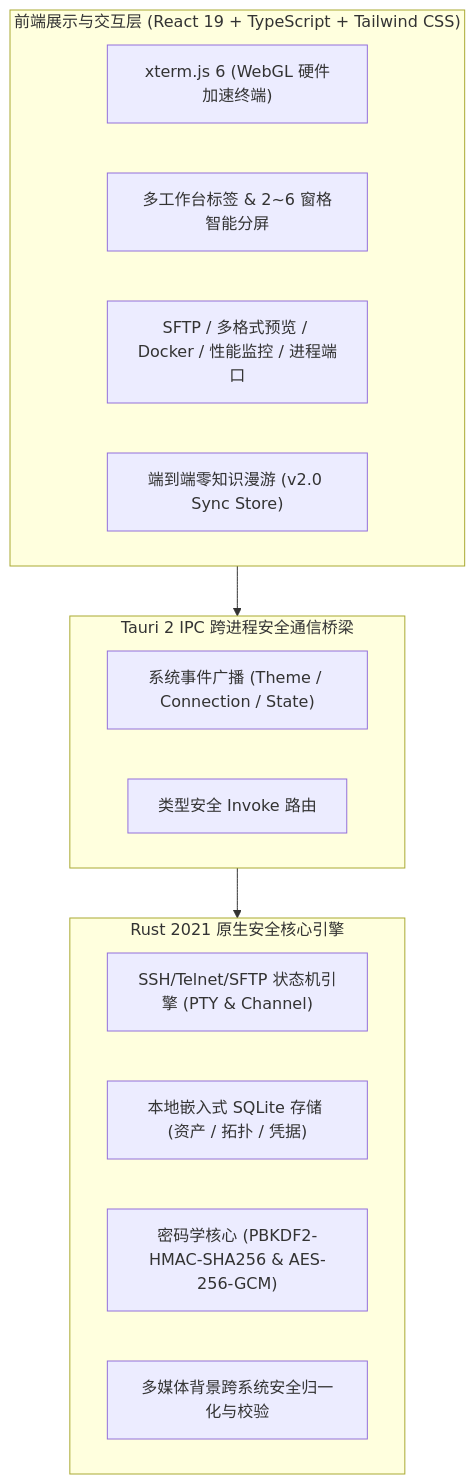
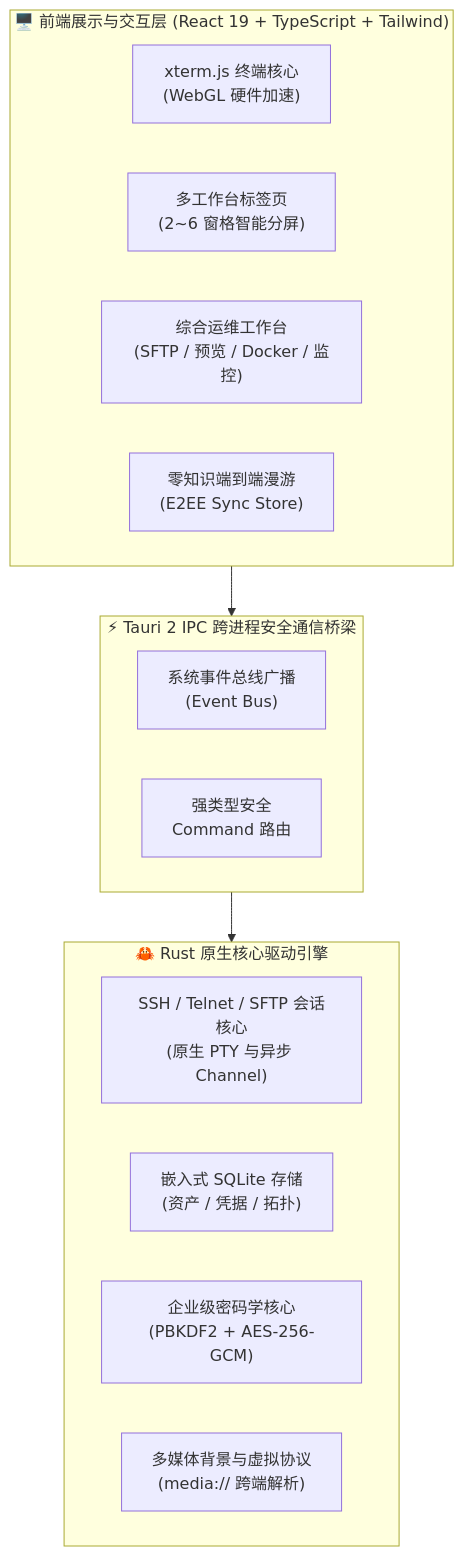
Before and after one commit to Tomshushu/Qshell: the diagram in README.md, drawn with Mermaid. The commit also changed other lines of this file, not shown here.

Commit message:
docs: revamp README with feature comparison, fixed diagram wrapping and productivity shortcuts

````diff
--- a/README.md
+++ b/README.md
@@ -78,24 +100,24 @@
 ```mermaid
 graph TB
-    subgraph UI ["前端展示与交互层 (React 19 + TypeScript + Tailwind CSS)"]
-        UI_Terminal["xterm.js 6 (WebGL 硬件加速终端)"]
-        UI_Workbench["多工作台标签 & 2~6 窗格智能分屏"]
-        UI_Modules["SFTP / 多格式预览 / Docker / 性能监控 / 进程端口"]
-        UI_Sync["端到端零知识漫游 (v2.0 Sync Store)"]
+    subgraph UI ["🖥️ 前端展示与交互层 (React 19 + TypeScript + Tailwind)"]
+        UI_Terminal["xterm.js 终端核心<br/>(WebGL 硬件加速)"]
+        UI_Workbench["多工作台标签页<br/>(2~6 窗格智能分屏)"]
+        UI_Modules["综合运维工作台<br/>(SFTP / 预览 / Docker / 监控)"]
+        UI_Sync["零知识端到端漫游<br/>(E2EE Sync Store)"]
     end
 
-    subgraph IPC ["Tauri 2 IPC 跨进程安全通信桥梁"]
-        IPC_Events["系统事件广播 (Theme / Connection / State)"]
-        IPC_Commands["类型安全 Invoke 路由"]
+    subgraph IPC ["⚡ Tauri 2 IPC 跨进程安全通信桥梁"]
+        IPC_Events["系统事件总线广播<br/>(Event Bus)"]
+        IPC_Commands["强类型安全<br/>Command 路由"]
     end
 
-    subgraph NativeCore ["Rust 2021 原生安全核心引擎"]
-        Core_SSH["SSH/Telnet/SFTP 状态机引擎 (PTY & Channel)"]
-        Core_DB["本地嵌入式 SQLite 存储 (资产 / 拓扑 / 凭据)"]
-        Core_Crypto["密码学核心 (PBKDF2-HMAC-SHA256 & AES-256-GCM)"]
-        Core_Media["多媒体背景跨系统安全归一化与校验"]
+    subgraph NativeCore ["🦀 Rust 原生核心驱动引擎"]
+        Core_SSH["SSH / Telnet / SFTP 会话核心<br/>(原生 PTY 与异步 Channel)"]
+        Core_DB["嵌入式 SQLite 存储<br/>(资产 / 凭据 / 拓扑)"]
+        Core_Crypto["企业级密码学核心<br/>(PBKDF2 + AES-256-GCM)"]
+        Core_Media["多媒体背景与虚拟协议<br/>(media:// 跨端解析)"]
     end
 
     UI --> IPC
     IPC --> NativeCore
 ```
````
